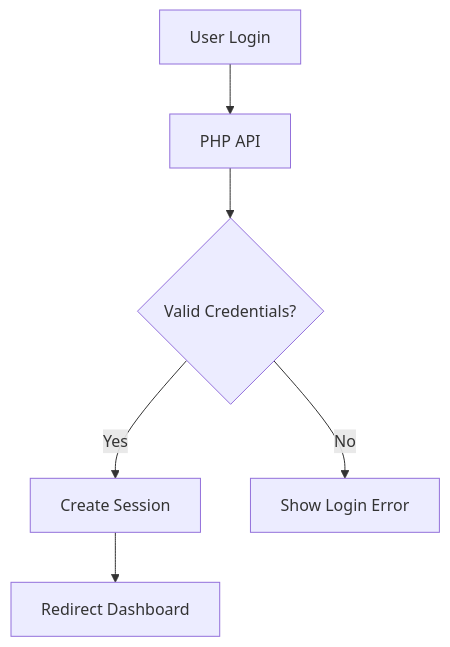
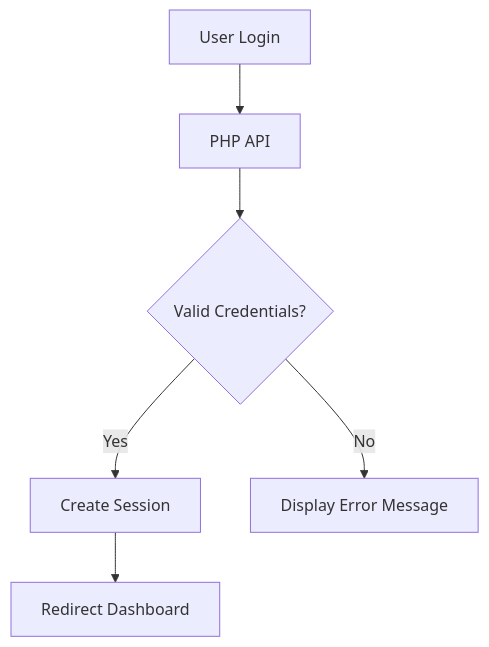
The fifth of 5 diagrams in README.md (LwinKo-kun/SMS-MVC), drawn with Mermaid before and after one commit. The commit also changed other lines of this file, not shown here.

````diff
--- a/README.md
+++ b/README.md
@@ -259,13 +254,13 @@
 ```mermaid
 flowchart TD
 
 A[User Login]
 --> B[PHP API]
 
 B --> C{Valid Credentials?}
 
 C -->|Yes| D[Create Session]
 D --> E[Redirect Dashboard]
 
-C -->|No| F[Show Login Error]
+C -->|No| F[Display Error Message]
 ```
````
